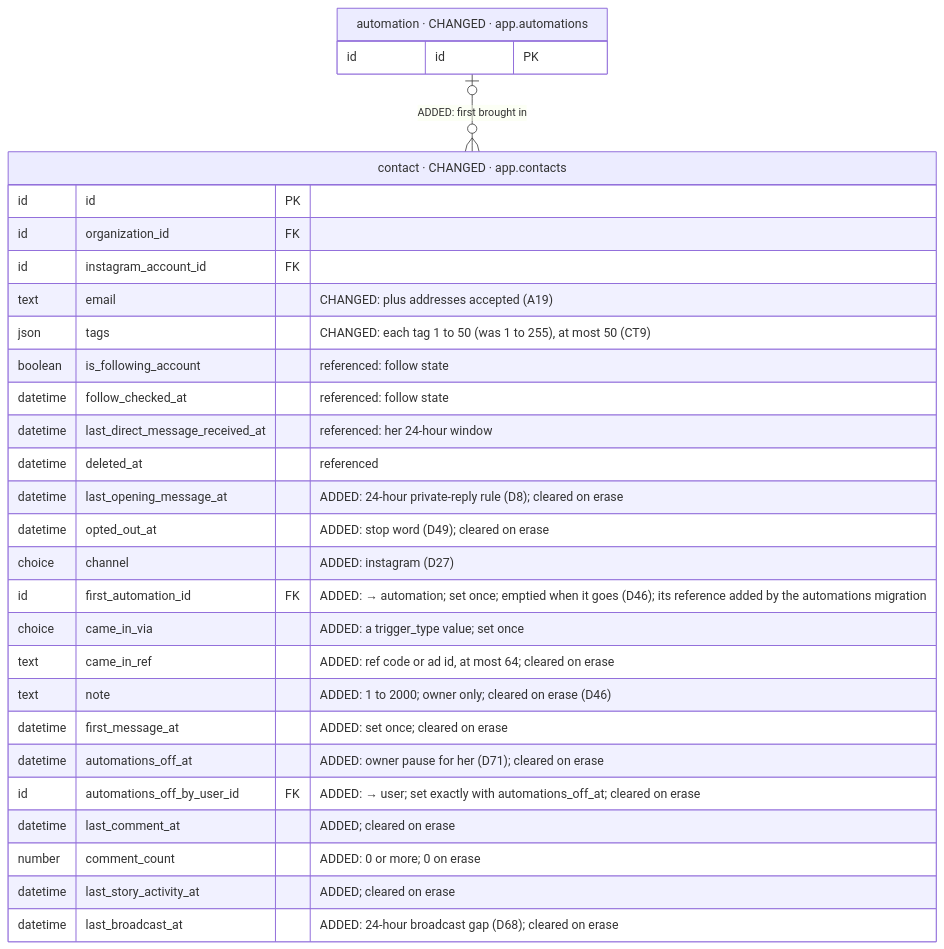
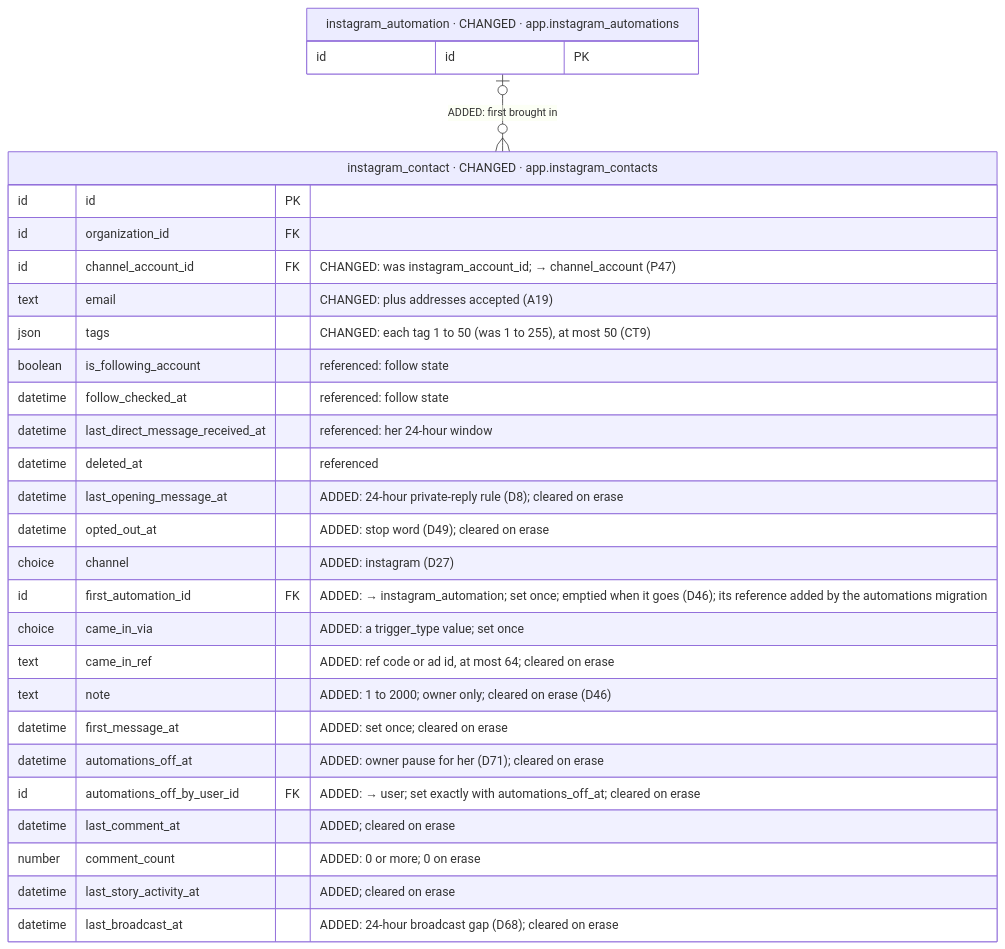
Before and after one commit to albetrios/meepzo-be: the ninth of 40 diagrams in iterations/feat-instagram-dm-sending-2026-11-23-oxak/plans/db-changes.md, drawn with Mermaid. The commit also changed other lines of this file and 3 other files, not shown here.

````diff
--- a/iterations/feat-instagram-dm-sending-2026-11-23-oxak/plans/db-changes.md
+++ b/iterations/feat-instagram-dm-sending-2026-11-23-oxak/plans/db-changes.md
@@ -442,32 +567,32 @@
 ```mermaid
 erDiagram
-  contact["contact · CHANGED · app.contacts"] {
+  instagram_contact["instagram_contact · CHANGED · app.instagram_contacts"] {
     id id PK
     id organization_id FK
-    id instagram_account_id FK
+    id channel_account_id FK "CHANGED: was instagram_account_id; → channel_account (P47)"
     text email "CHANGED: plus addresses accepted (A19)"
     json tags "CHANGED: each tag 1 to 50 (was 1 to 255), at most 50 (CT9)"
     boolean is_following_account "referenced: follow state"
     datetime follow_checked_at "referenced: follow state"
     datetime last_direct_message_received_at "referenced: her 24-hour window"
     datetime deleted_at "referenced"
     datetime last_opening_message_at "ADDED: 24-hour private-reply rule (D8); cleared on erase"
     datetime opted_out_at "ADDED: stop word (D49); cleared on erase"
     choice channel "ADDED: instagram (D27)"
-    id first_automation_id FK "ADDED: → automation; set once; emptied when it goes (D46); its reference added by the automations migration"
+    id first_automation_id FK "ADDED: → instagram_automation; set once; emptied when it goes (D46); its reference added by the automations migration"
     choice came_in_via "ADDED: a trigger_type value; set once"
     text came_in_ref "ADDED: ref code or ad id, at most 64; cleared on erase"
     text note "ADDED: 1 to 2000; owner only; cleared on erase (D46)"
     datetime first_message_at "ADDED: set once; cleared on erase"
     datetime automations_off_at "ADDED: owner pause for her (D71); cleared on erase"
     id automations_off_by_user_id FK "ADDED: → user; set exactly with automations_off_at; cleared on erase"
     datetime last_comment_at "ADDED; cleared on erase"
     number comment_count "ADDED: 0 or more; 0 on erase"
     datetime last_story_activity_at "ADDED; cleared on erase"
     datetime last_broadcast_at "ADDED: 24-hour broadcast gap (D68); cleared on erase"
   }
-  automation["automation · CHANGED · app.automations"] {
+  instagram_automation["instagram_automation · CHANGED · app.instagram_automations"] {
     id id PK
   }
-  automation |o--o{ contact : "ADDED: first brought in"
+  instagram_automation |o--o{ instagram_contact : "ADDED: first brought in"
 ```
````
